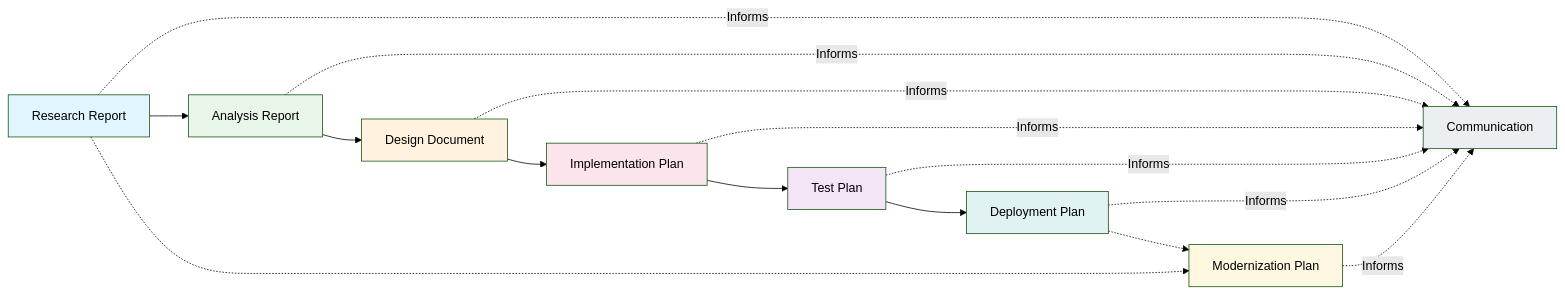
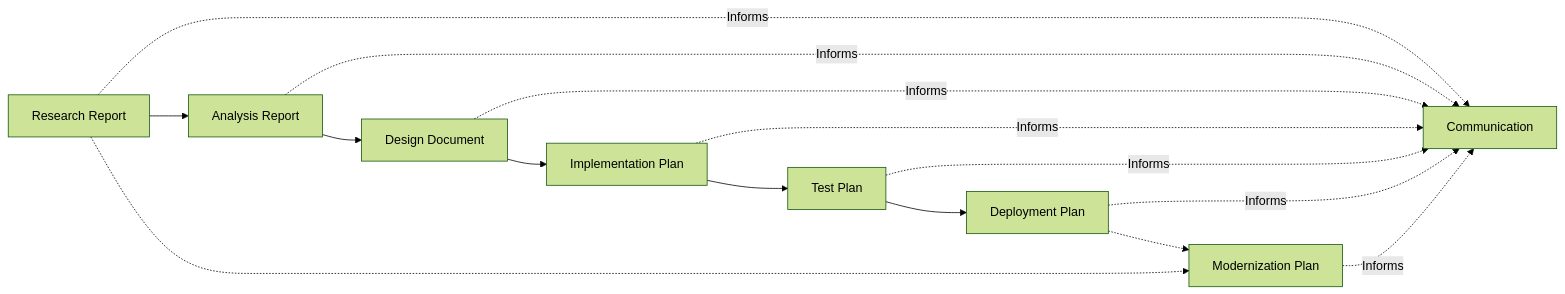
Before and after one commit to saileshkushwaha/AgenticWorld: the eighth of 9 diagrams in forge-framework/DIAGRAMS.md, drawn with Mermaid (forest theme). The commit also changed other lines of this file and 33 other files, not shown here.

````diff
--- a/forge-framework/DIAGRAMS.md
+++ b/forge-framework/DIAGRAMS.md
@@ -256,27 +102,17 @@
 ```mermaid
 flowchart LR
     RR[Research Report] --> AR[Analysis Report]
     AR --> DD[Design Document]
     DD --> IP[Implementation Plan]
     IP --> TP[Test Plan]
     TP --> DP[Deployment Plan]
     DP -.-> MP[Modernization Plan]
     RR -.-> MP
-
     RR -.->|Informs| C[Communication]
     AR -.->|Informs| C
     DD -.->|Informs| C
     IP -.->|Informs| C
     TP -.->|Informs| C
     DP -.->|Informs| C
     MP -.->|Informs| C
-
-    style RR fill:#e1f5fe
-    style AR fill:#e8f5e9
-    style DD fill:#fff3e0
-    style IP fill:#fce4ec
-    style TP fill:#f3e5f5
-    style DP fill:#e0f2f1
-    style MP fill:#fff8e1
-    style C fill:#eceff1
 ```
````
